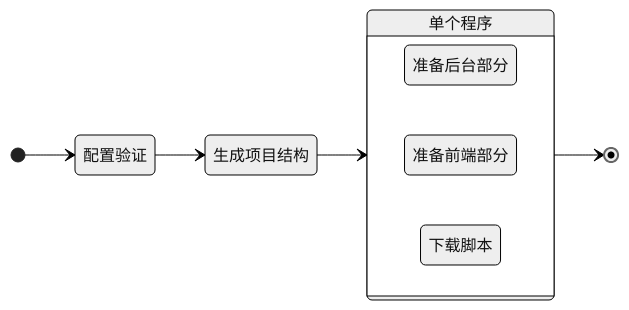
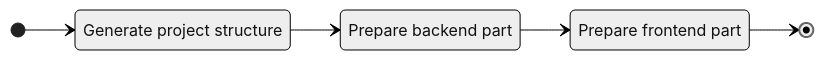
One commit to gowebly/docs changed the diagram in docs/zh_HK/complete-user-guide/create-new-project.md. Above: the diagram before and after it, drawn with Mermaid (neutral theme). The commit also changed other lines of this file and 39 other files, not shown here.

````diff
--- a/docs/zh_HK/complete-user-guide/create-new-project.md
+++ b/docs/zh_HK/complete-user-guide/create-new-project.md
@@ -47,20 +118,11 @@
 ```mermaid
 stateDiagram-v2
-    Validation: 配置验证
-    Structure: 生成项目结构
-    Backend: 准备后台部分
-    Frontend: 准备前端部分
-    Downloading: 下载脚本
-    Goroutines: 单个程序
+    Structure: Generate project structure
+    Backend: Prepare backend part
+    Frontend: Prepare frontend part
     direction LR
-    [*] --> Validation
-    Validation --> Structure
-    Structure --> Goroutines
-    state Goroutines {
-        direction LR
-        Backend
-        Frontend
-        Downloading
-    }
-    Goroutines --> [*]
+    [*] --> Structure
+    Structure --> Backend
+    Backend --> Frontend
+    Frontend --> [*]
 ```
````
